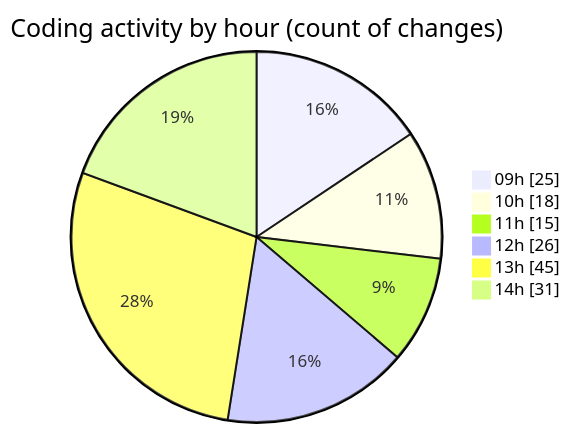
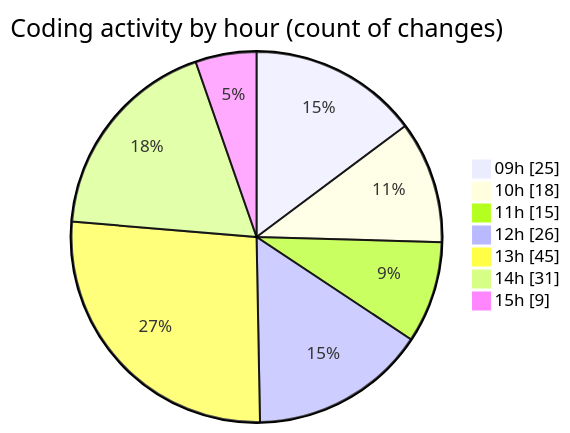
Before and after one commit to momahboobian/code-tracking: the second of 2 diagrams in 2025-03-13/cda/README.md, drawn with Mermaid. The commit also changed other lines of this file and 1 other file, not shown here.

````diff
--- a/2025-03-13/cda/README.md
+++ b/2025-03-13/cda/README.md
@@ -42,10 +42,11 @@
 ```mermaid
 pie showData
 title Coding activity by hour (count of changes)
 "09h" : 25
 "10h" : 18
 "11h" : 15
 "12h" : 26
 "13h" : 45
 "14h" : 31
+"15h" : 9
 ```
````
